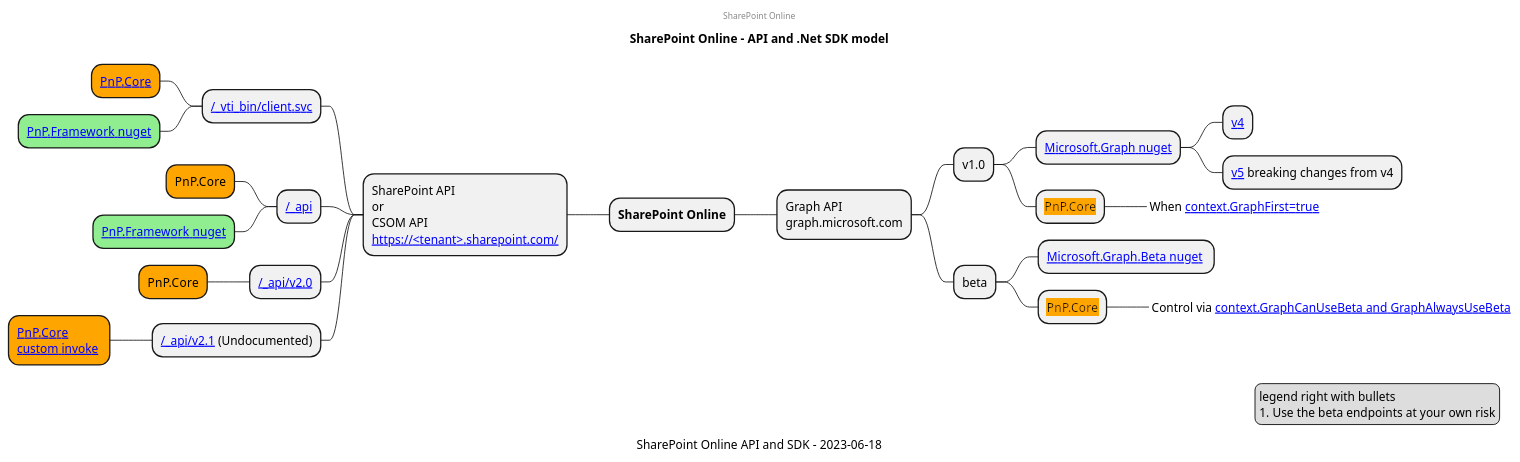
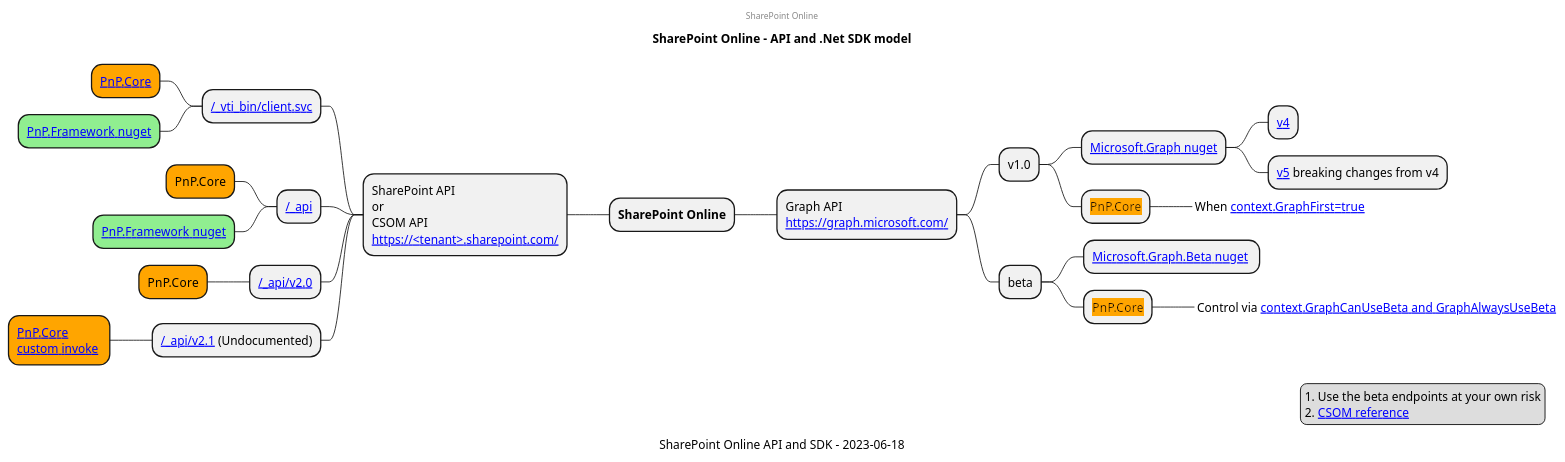
One commit to mind-maps/software changed the diagram in programming/microsoft-365/sharepoint/api-dotnet-sdk.puml. Above: the diagram before and after it, drawn with PlantUML.

Commit message:
Updated to include api ref

```diff
--- a/programming/microsoft-365/sharepoint/api-dotnet-sdk.puml
+++ b/programming/microsoft-365/sharepoint/api-dotnet-sdk.puml
@@ -1,40 +1,40 @@
 @startmindmap
 center header
 SharePoint Online
 endheader
 title SharePoint Online - API and .Net SDK model
 
 * **SharePoint Online**
- * Graph API\ngraph.microsoft.com
+ * Graph API\n[[https://graph.microsoft.com/]]
   * v1.0
    * [[https://www.nuget.org/packages/Microsoft.Graph/ Microsoft.Graph nuget]]
     * [[https://devblogs.microsoft.com/microsoft365dev/microsoft-graph-net-sdk-v4-now-generally-available-with-streamlined-authentication-and-more/ v4]]
     * [[https://devblogs.microsoft.com/microsoft365dev/microsoft-graph-net-sdk-v5-is-now-generally-available/ v5]] breaking changes from v4
    * <back:orange>PnP.Core</back>
     *_ When [[https://pnp.github.io/pnpcore/using-the-sdk/basics-apis.html#sharepoint-rest-versus-microsoft-graph context.GraphFirst=true]]
   * beta
    * [[https://www.nuget.org/packages/Microsoft.Graph.Beta Microsoft.Graph.Beta nuget]] 
    * <back:orange>PnP.Core</back>
     *_ Control via [[https://pnp.github.io/pnpcore/using-the-sdk/basics-apis.html#graph-v1-versus-graph-beta context.GraphCanUseBeta and GraphAlwaysUseBeta]]
 
 left side
 ** SharePoint API\nor\nCSOM API\n[[https://<tenant>.sharepoint.com/ https://<tenant>.sharepoint.com/]]
 *** [[ /_vti_bin/client.svc]]
 ****[#Orange] [[https://github.com/pnp/pnpcore#what-underlying-apis-are-used PnP.Core]]
 ****[#LightGreen] [[https://www.nuget.org/packages/PnP.Framework/ PnP.Framework nuget]]
 *** [[https://learn.microsoft.com/en-us/sharepoint/dev/sp-add-ins/get-to-know-the-sharepoint-rest-service?tabs=csom /_api]]
 ****[#Orange] PnP.Core
 ****[#LightGreen] [[https://www.nuget.org/packages/PnP.Framework/ PnP.Framework nuget]]
 *** [[https://learn.microsoft.com/en-us/sharepoint/dev/apis/sharepoint-rest-graph /_api/v2.0]]
 ****[#Orange] PnP.Core
 *** [[https://powerusers.microsoft.com/t5/General-Power-Automate/Sharepoint-Site-Collection-Id-and-Site-Web-Id-Information-using/td-p/2038311 /_api/v2.1]] (Undocumented)
 ****[#Orange] [[https://github.com/pnp/pnpcore/blob/26b5ee466115bca6b0922164c17cd509600d4c1b/docs/using-the-sdk/taxonomy-intro.md?plain=1#L52 PnP.Core\ncustom invoke]] 
 
 legend right
-legend right with bullets
 # Use the beta endpoints at your own risk
+# [[https://learn.microsoft.com/en-us/previous-versions/office/sharepoint-csom/jj193041(v=office.15) CSOM reference]]
 endlegend
 
 caption SharePoint Online API and SDK - 2023-06-18
 
 @endmindmap
```
